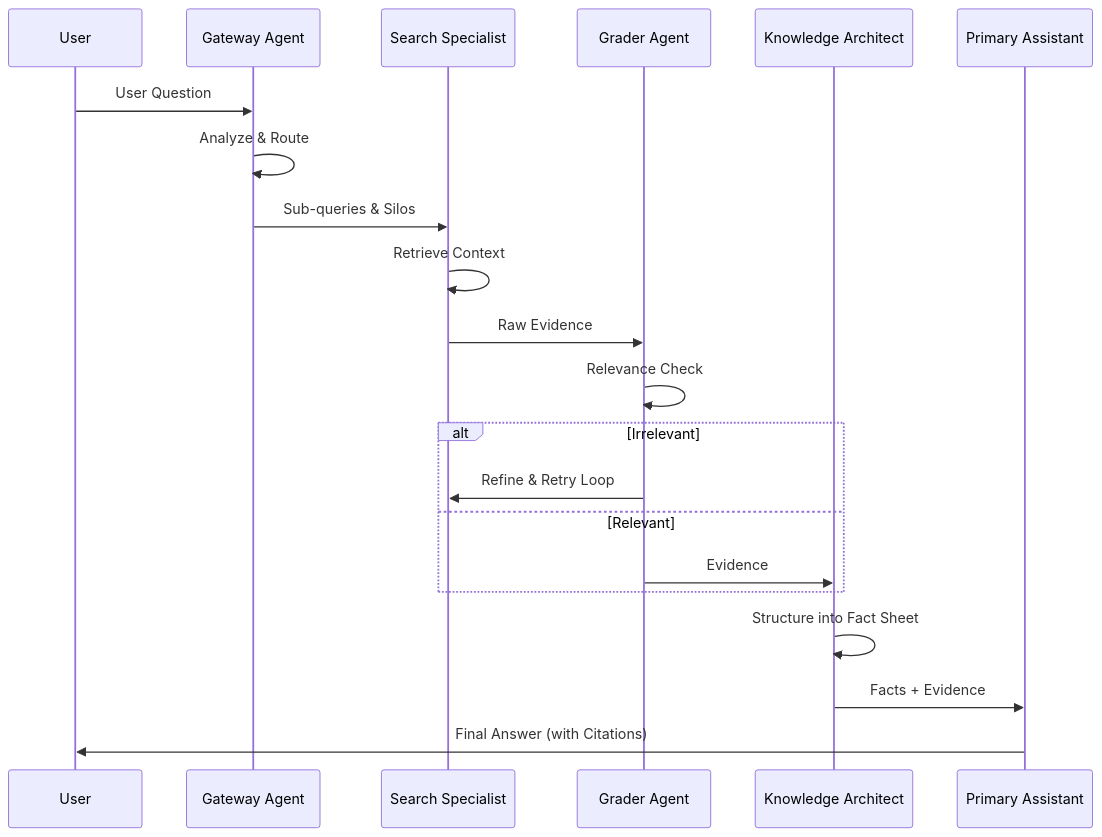
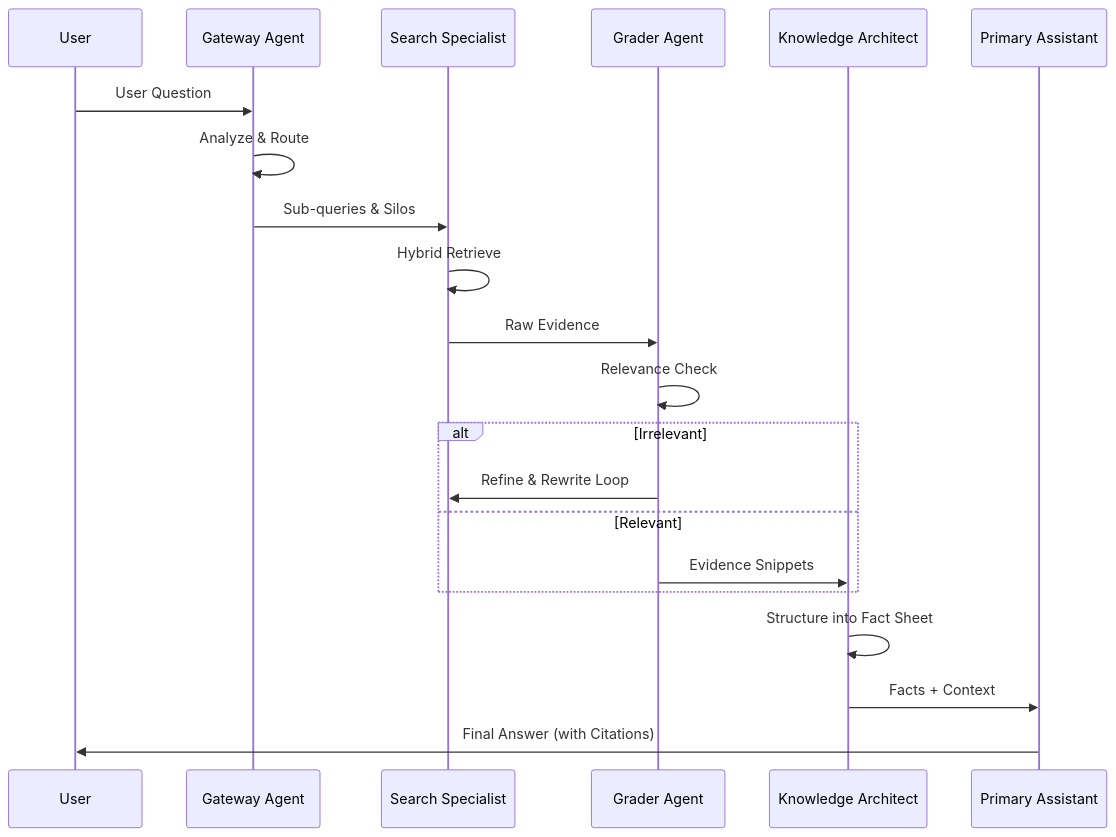
One commit to DragonL57/vmg_chatbot changed the second of 3 diagrams in docs/ARCHITECTURE.md. Above: the diagram before and after it, drawn with Mermaid. The commit also changed other lines of this file and 4 other files, not shown here.

````diff
--- a/docs/ARCHITECTURE.md
+++ b/docs/ARCHITECTURE.md
@@ -64,24 +46,24 @@
 ```mermaid
 sequenceDiagram
     participant U as User
     participant G as Gateway Agent
     participant S as Search Specialist
     participant GR as Grader Agent
     participant A as Knowledge Architect
     participant P as Primary Assistant
 
     U->>G: User Question
     G->>G: Analyze & Route
     G->>S: Sub-queries & Silos
-    S->>S: Retrieve Context
+    S->>S: Hybrid Retrieve
     S->>GR: Raw Evidence
     GR->>GR: Relevance Check
     alt Irrelevant
-        GR->>S: Refine & Retry Loop
+        GR->>S: Refine & Rewrite Loop
     else Relevant
-        GR->>A: Evidence
+        GR->>A: Evidence Snippets
     end
     A->>A: Structure into Fact Sheet
-    A->>P: Facts + Evidence
+    A->>P: Facts + Context
     P->>U: Final Answer (with Citations)
 ```
````
